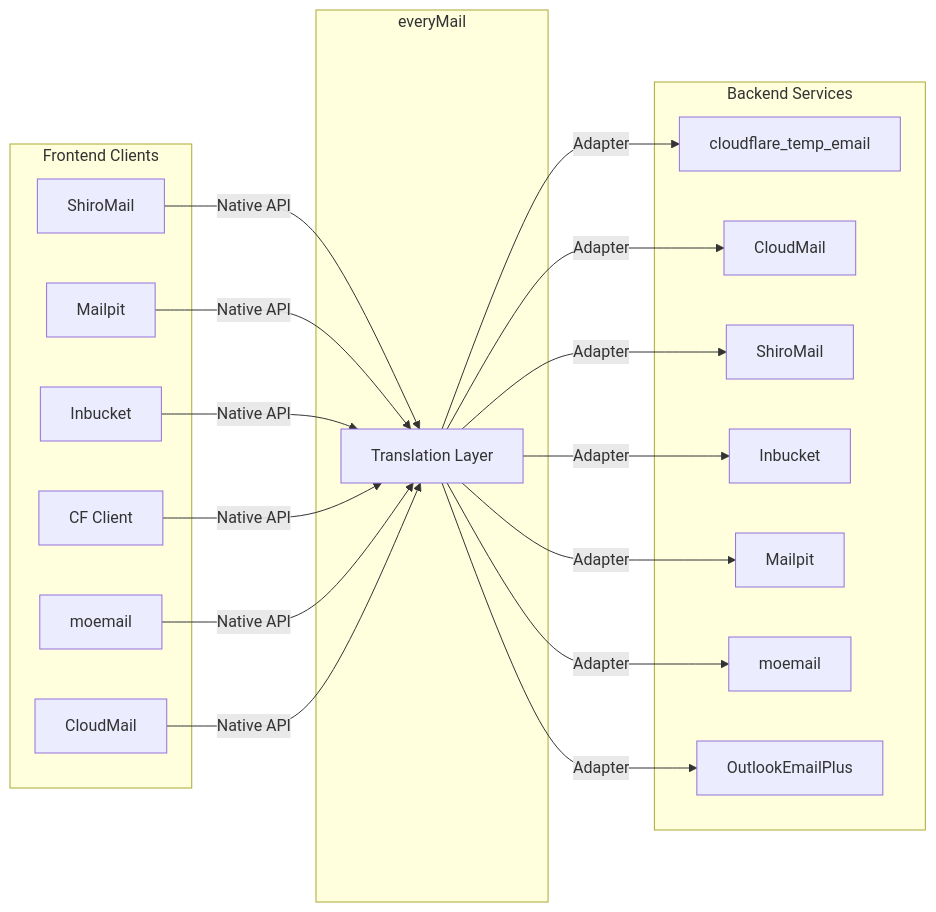
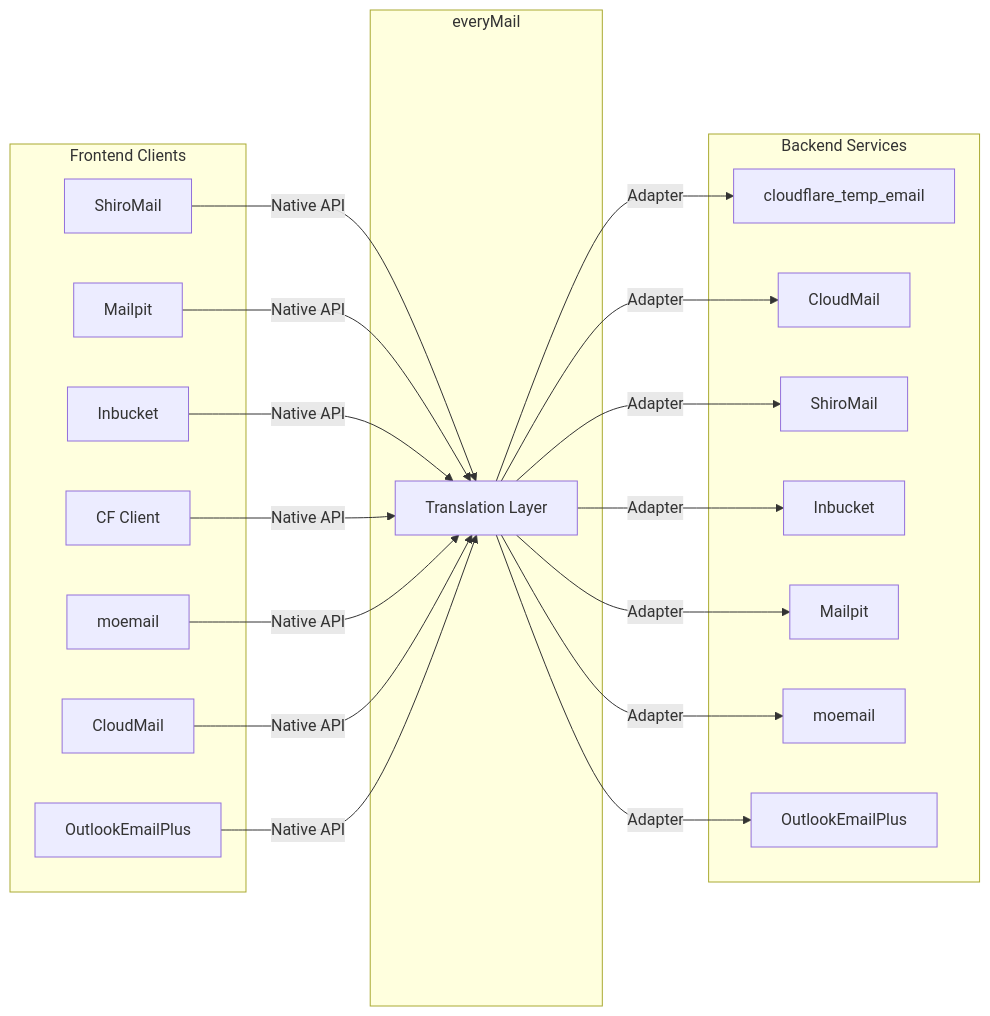
Before and after one commit to WangChuDi/everyMail: the first of 3 diagrams in README.en.md, drawn with Mermaid. The commit also changed other lines of this file and 5 other files, not shown here.

First line of the commit message:
feat: add OutlookEmailPlus frontend format

````diff
--- a/README.en.md
+++ b/README.en.md
@@ -11,28 +11,29 @@
 ```mermaid
 graph LR
     subgraph Frontend Clients
         A[ShiroMail]
         B[Mailpit]
         C[Inbucket]
         D[CF Client]
         E[moemail]
         F[CloudMail]
+        O[OutlookEmailPlus]
     end
 
     subgraph everyMail
         G[Translation Layer]
     end
 
     subgraph Backend Services
         H[cloudflare_temp_email]
         I[CloudMail]
         J[ShiroMail]
         K[Inbucket]
         L[Mailpit]
         M[moemail]
         N[OutlookEmailPlus]
     end
 
-    A & B & C & D & E & F -->|Native API| G
+    A & B & C & D & E & F & O -->|Native API| G
     G -->|Adapter| H & I & J & K & L & M & N
 ```
````
